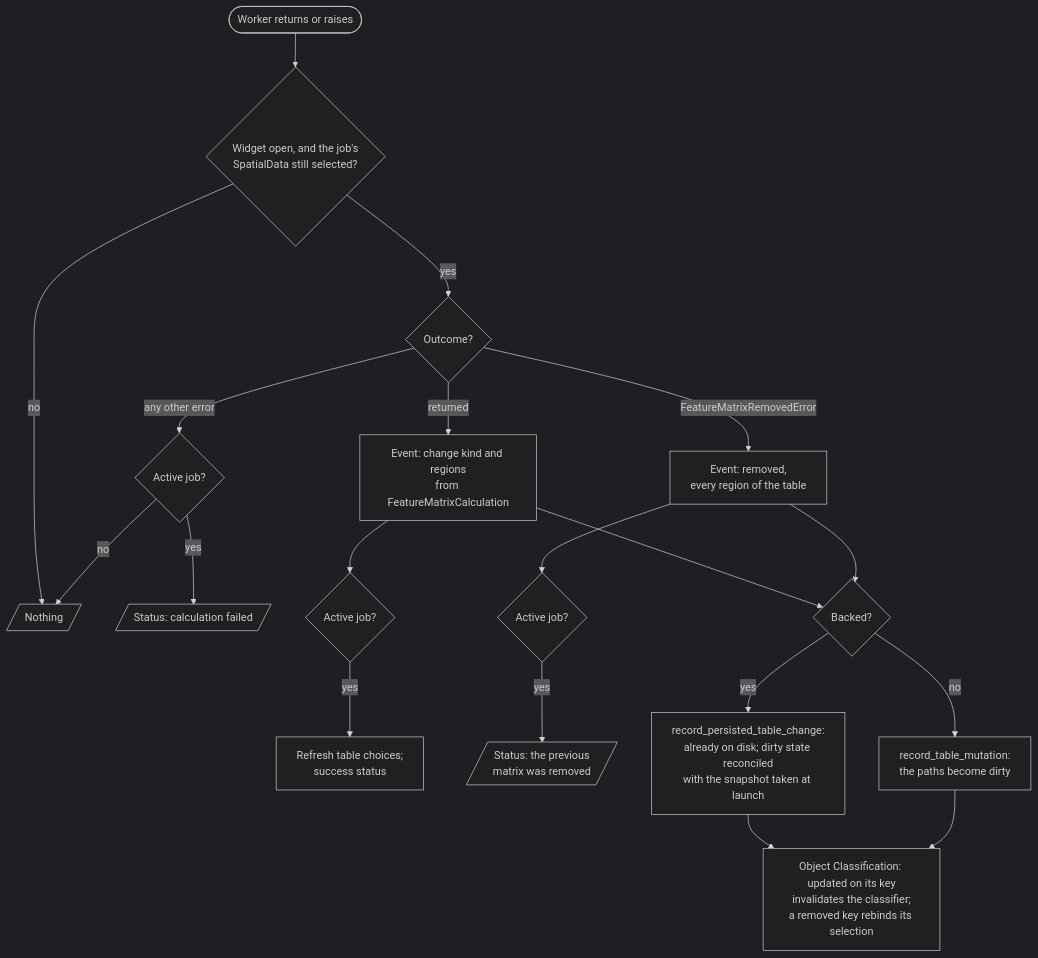
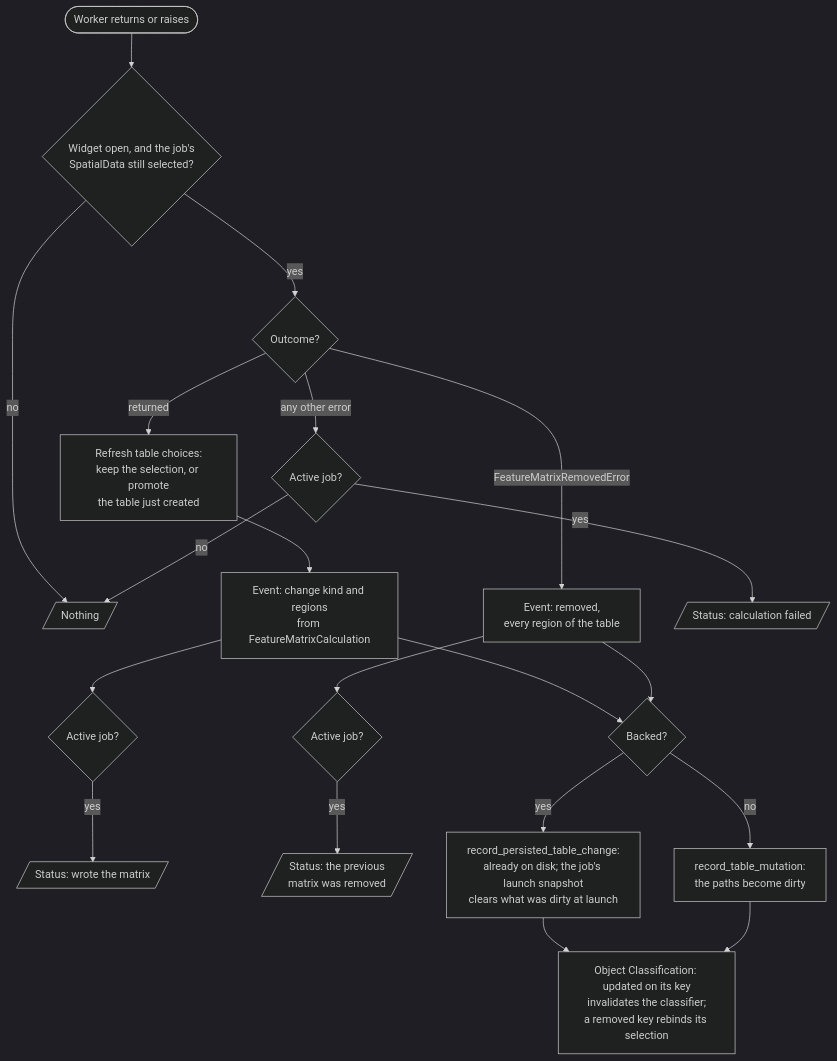
One commit to vibspatial/spatiato changed the fourth of 4 diagrams in docs/development/feature_extraction.md. Above: the diagram before and after it, drawn with Mermaid (dark theme). The commit also changed other lines of this file, not shown here.

````diff
--- a/docs/development/feature_extraction.md
+++ b/docs/development/feature_extraction.md
@@ -190,19 +201,20 @@
 ```mermaid
 flowchart TD
     finished(["Worker returns or raises"]) --> same{"Widget open, and the job's<br/>SpatialData still selected?"}
     same -- no --> ignore[/"Nothing"/]
     same -- yes --> outcome{"Outcome?"}
-    outcome -- returned --> event_ok["Event: change kind and regions<br/>from FeatureMatrixCalculation"]
+    outcome -- returned --> refresh["Refresh table choices:<br/>keep the selection, or promote<br/>the table just created"]
+    refresh --> event_ok["Event: change kind and regions<br/>from FeatureMatrixCalculation"]
     outcome -- FeatureMatrixRemovedError --> event_removed["Event: removed,<br/>every region of the table"]
     outcome -- "any other error" --> active_error{"Active job?"}
     active_error -- yes --> status_error[/"Status: calculation failed"/]
     active_error -- no --> ignore
     event_ok --> active_ok{"Active job?"}
-    active_ok -- yes --> refresh["Refresh table choices;<br/>success status"]
+    active_ok -- yes --> status_ok[/"Status: wrote the matrix"/]
     event_removed --> active_removed{"Active job?"}
     active_removed -- yes --> status_removed[/"Status: the previous<br/>matrix was removed"/]
     event_ok & event_removed --> record{"Backed?"}
-    record -- yes --> persisted["record_persisted_table_change:<br/>already on disk; dirty state reconciled<br/>with the snapshot taken at launch"]
+    record -- yes --> persisted["record_persisted_table_change:<br/>already on disk; the job's launch snapshot<br/>clears what was dirty at launch"]
     record -- no --> mutation["record_table_mutation:<br/>the paths become dirty"]
     persisted & mutation --> consumers["Object Classification: updated on its key<br/>invalidates the classifier;<br/>a removed key rebinds its selection"]
 ```
````
